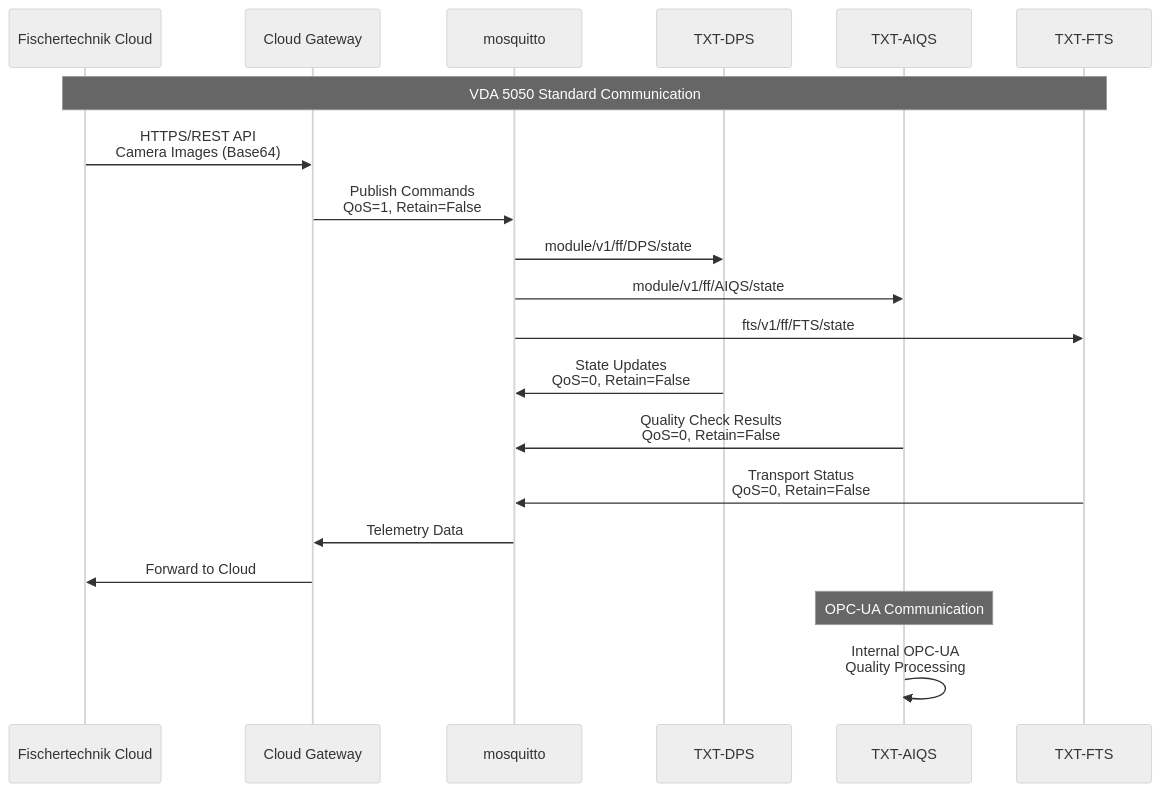
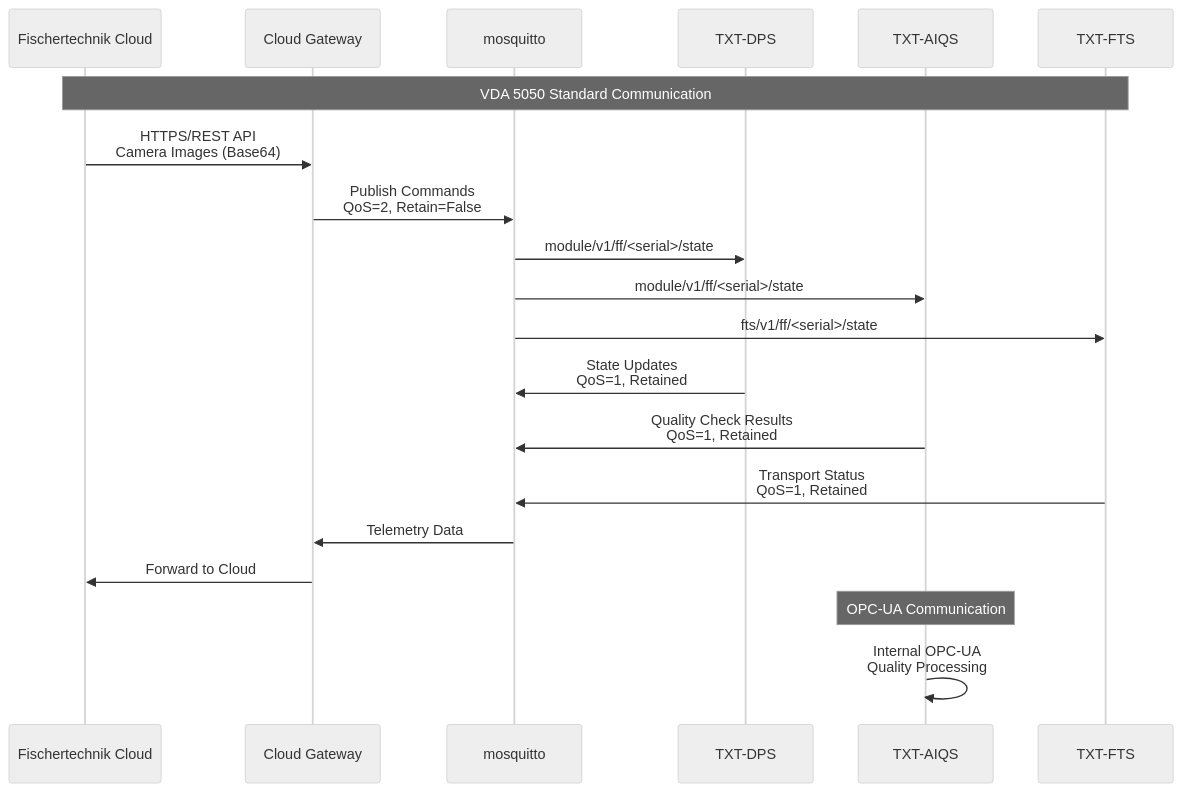
The second of 4 diagrams in docs/02-architecture/aps-data-flow.md (OliverBerger-ORBIS/ORBIS-Modellfabrik), drawn with Mermaid (neutral theme) before and after one commit. The commit also changed other lines of this file and 9 other files, not shown here.

````diff
--- a/docs/02-architecture/aps-data-flow.md
+++ b/docs/02-architecture/aps-data-flow.md
@@ -89,28 +65,28 @@
 ```mermaid
 sequenceDiagram
     participant FTC as Fischertechnik Cloud
     participant CG as Cloud Gateway
     participant MQTT as mosquitto
     participant DPS as TXT-DPS
     participant AIQS as TXT-AIQS
     participant FTS as TXT-FTS
     
     Note over FTC,FTS: VDA 5050 Standard Communication
     
     FTC->>CG: HTTPS/REST API<br/>Camera Images (Base64)
-    CG->>MQTT: Publish Commands<br/>QoS=1, Retain=False
+    CG->>MQTT: Publish Commands<br/>QoS=2, Retain=False
     
-    MQTT->>DPS: module/v1/ff/DPS/state
-    MQTT->>AIQS: module/v1/ff/AIQS/state
-    MQTT->>FTS: fts/v1/ff/FTS/state
+    MQTT->>DPS: module/v1/ff/<serial>/state
+    MQTT->>AIQS: module/v1/ff/<serial>/state
+    MQTT->>FTS: fts/v1/ff/<serial>/state
     
-    DPS->>MQTT: State Updates<br/>QoS=0, Retain=False
-    AIQS->>MQTT: Quality Check Results<br/>QoS=0, Retain=False
-    FTS->>MQTT: Transport Status<br/>QoS=0, Retain=False
+    DPS->>MQTT: State Updates<br/>QoS=1, Retained
+    AIQS->>MQTT: Quality Check Results<br/>QoS=1, Retained
+    FTS->>MQTT: Transport Status<br/>QoS=1, Retained
     
     MQTT->>CG: Telemetry Data
     CG->>FTC: Forward to Cloud
     
     Note over AIQS: OPC-UA Communication
     AIQS->>AIQS: Internal OPC-UA<br/>Quality Processing
 ```
````
